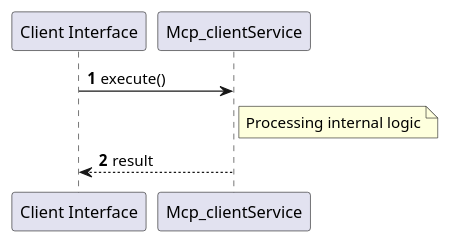
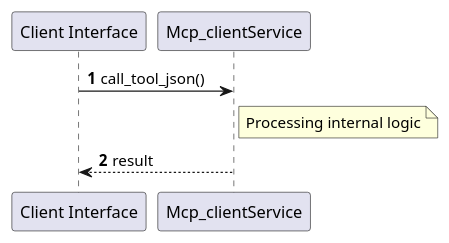
One commit to lgcorzo/rust_CACD_autonomous_factory changed the sixth of 6 diagrams in openwiki/crates_factory_infrastructure_src_mcp_client.md. Above: the diagram before and after it, drawn with PlantUML. The commit also changed other lines of this file and 96 other files, not shown here.

````diff
--- a/openwiki/crates_factory_infrastructure_src_mcp_client.md
+++ b/openwiki/crates_factory_infrastructure_src_mcp_client.md
@@ -213,11 +244,11 @@
 ```plantuml
 @startuml
 autonumber
 participant "Client Interface" as Caller
 participant "Mcp_clientService" as Svc
-Caller -> Svc: execute()
+Caller -> Svc: call_tool_json()
 note right of Svc: Processing internal logic
 Svc --> Caller: result
 @enduml
 
 ```
````
